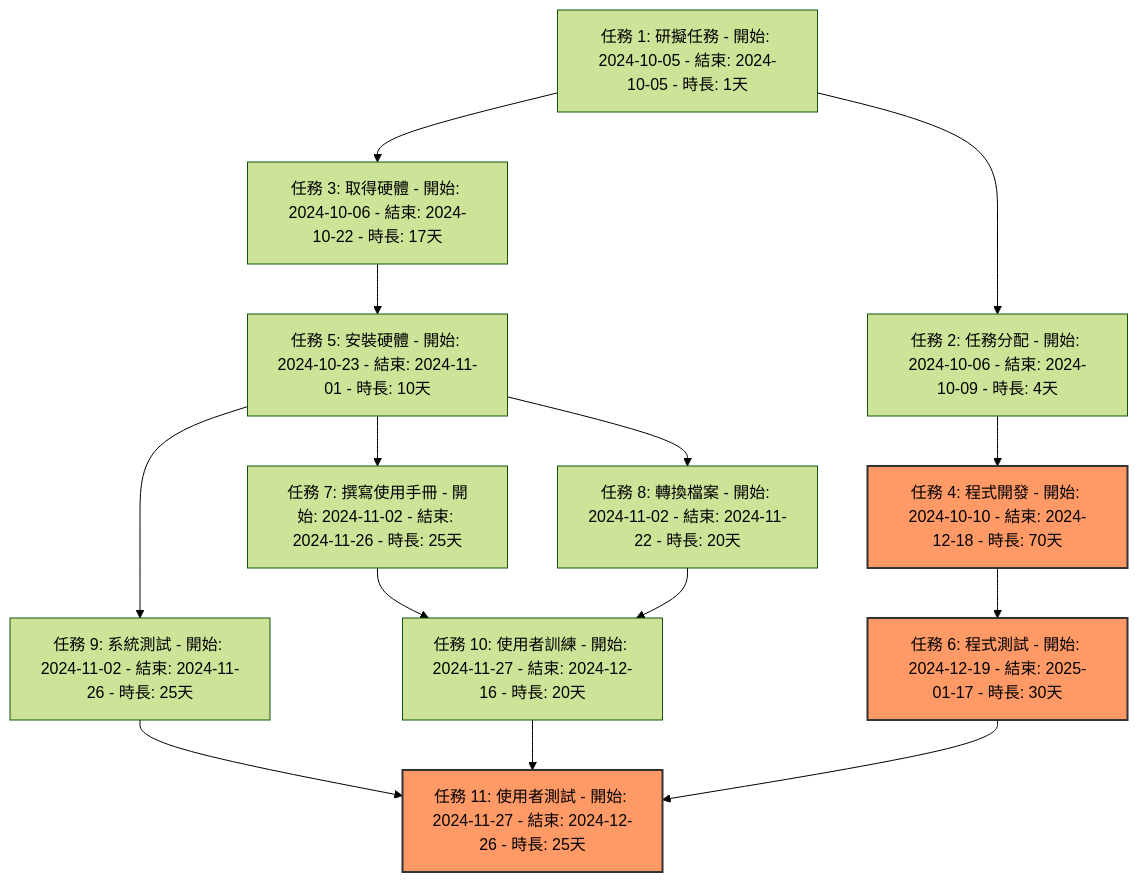
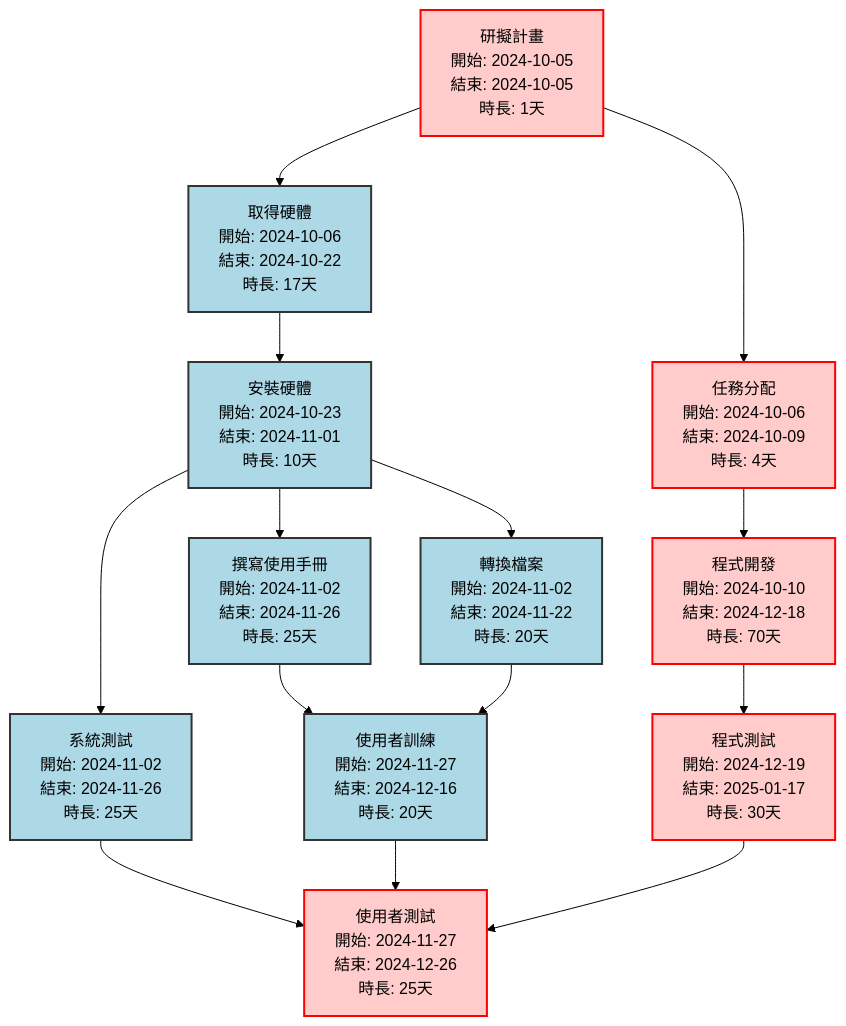
Before and after one commit to Yachi0204/2024_home: the third of 3 diagrams in hw2.md, drawn with Mermaid (forest theme). The commit also changed other lines of this file, not shown here.

````diff
--- a/hw2.md
+++ b/hw2.md
@@ -41,22 +40,23 @@
 ```mermaid
 graph TD;
-    A[任務 1: 研擬任務 - 開始: 2024-10-05 - 結束: 2024-10-05 - 時長: 1天] --> B[任務 2: 任務分配 - 開始: 2024-10-06 - 結束: 2024-10-09 - 時長: 4天];
-    A --> C[任務 3: 取得硬體 - 開始: 2024-10-06 - 結束: 2024-10-22 - 時長: 17天];
-    B --> D[任務 4: 程式開發 - 開始: 2024-10-10 - 結束: 2024-12-18 - 時長: 70天];
-    C --> E[任務 5: 安裝硬體 - 開始: 2024-10-23 - 結束: 2024-11-01 - 時長: 10天];
-    D --> F[任務 6: 程式測試 - 開始: 2024-12-19 - 結束: 2025-01-17 - 時長: 30天];
-    E --> G[任務 7: 撰寫使用手冊 - 開始: 2024-11-02 - 結束: 2024-11-26 - 時長: 25天];
-    E --> H[任務 8: 轉換檔案 - 開始: 2024-11-02 - 結束: 2024-11-22 - 時長: 20天];
-    E --> I[任務 9: 系統測試 - 開始: 2024-11-02 - 結束: 2024-11-26 - 時長: 25天];
-    G --> J[任務 10: 使用者訓練 - 開始: 2024-11-27 - 結束: 2024-12-16 - 時長: 20天];
+    A[研擬計畫<br>開始: 2024-10-05<br>結束: 2024-10-05<br>時長: 1天] --> B[任務分配<br>開始: 2024-10-06<br>結束: 2024-10-09<br>時長: 4天];
+    A --> C[取得硬體<br>開始: 2024-10-06<br>結束: 2024-10-22<br>時長: 17天];
+    B --> D[程式開發<br>開始: 2024-10-10<br>結束: 2024-12-18<br>時長: 70天];
+    C --> E[安裝硬體<br>開始: 2024-10-23<br>結束: 2024-11-01<br>時長: 10天];
+    D --> F[程式測試<br>開始: 2024-12-19<br>結束: 2025-01-17<br>時長: 30天];
+    E --> G[撰寫使用手冊<br>開始: 2024-11-02<br>結束: 2024-11-26<br>時長: 25天];
+    E --> H[轉換檔案<br>開始: 2024-11-02<br>結束: 2024-11-22<br>時長: 20天];
+    E --> I[系統測試<br>開始: 2024-11-02<br>結束: 2024-11-26<br>時長: 25天];
+    G --> J[使用者訓練<br>開始: 2024-11-27<br>結束: 2024-12-16<br>時長: 20天];
     H --> J;
-    I --> K[任務 11: 使用者測試 - 開始: 2024-11-27 - 結束: 2024-12-26 - 時長: 25天];
+    I --> K[使用者測試<br>開始: 2024-11-27<br>結束: 2024-12-26<br>時長: 25天];
     J --> K;
     F --> K;
 
-    class D,F,K red;
+    classDef default fill:#add8e6,stroke:#333,stroke-width:2px;
+    classDef keyTask fill:#ffcccb,stroke:#ff0000,stroke-width:2px;
 
-    classDef red fill:#f96,stroke:#333,stroke-width:2px;
+    class A,B,D,F,K keyTask;
 
 
 ```
````
